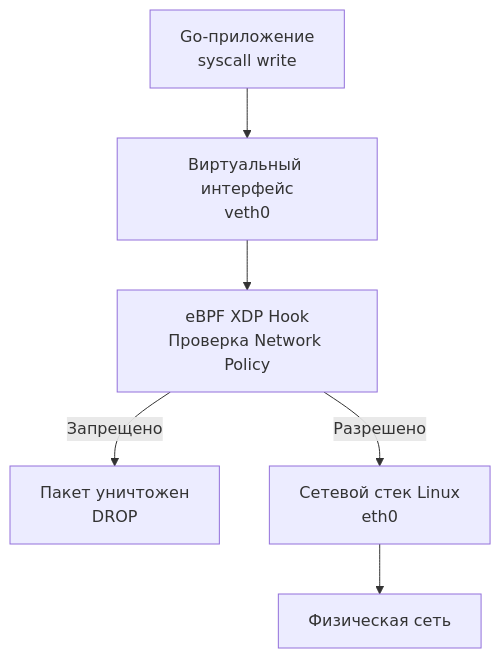
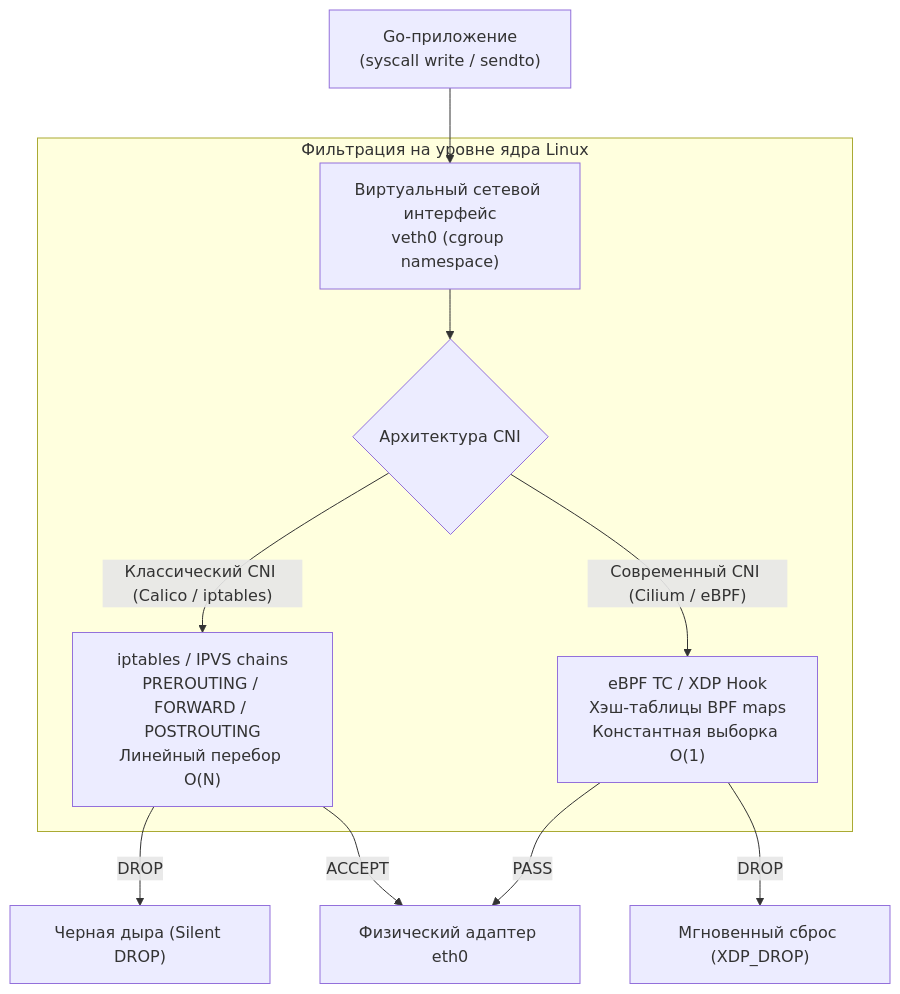
Before and after one commit to UnrealTemplier/go-textbook: the second of 3 diagrams in sources/14. Распределенные системы на Go/06. Сеть/4. Network policies.md, drawn with Mermaid. The commit also changed other lines of this file, not shown here.

Commit message:
feat(module-14): editorial rewrite of lecture 4 (Network policies) in Subsection 6 in Kernighan style

````diff
--- a/sources/14. Распределенные системы на Go/06. Сеть/4. Network policies.md
+++ b/sources/14. Распределенные системы на Go/06. Сеть/4. Network policies.md
@@ -37,11 +52,16 @@
 ```mermaid
 flowchart TD
-    GoApp["Go-приложение<br>syscall write"] --> Veth["Виртуальный интерфейс<br>veth0"]
+    App["Go-приложение<br>(syscall write / sendto)"] --> Veth["Виртуальный сетевой интерфейс<br>veth0 (cgroup namespace)"]
     
-    Veth --> Hook["eBPF XDP Hook<br>Проверка Network Policy"]
+    subgraph Filter["Фильтрация на уровне ядра Linux"]
+        Veth --> Engine{"Архитектура CNI"}
+        Engine -->|"Классический CNI (Calico / iptables)"| IPT["iptables / IPVS chains<br>PREROUTING / FORWARD / POSTROUTING<br>Линейный перебор O(N)"]
+        Engine -->|"Современный CNI (Cilium / eBPF)"| BPF["eBPF TC / XDP Hook<br>Хэш-таблицы BPF maps<br>Константная выборка O(1)"]
+    end
     
-    Hook -->|Запрещено| Drop["Пакет уничтожен<br>DROP"]
-    Hook -->|Разрешено| Stack["Сетевой стек Linux<br>eth0"]
+    IPT -->|DROP| Blackhole1["Черная дыра (Silent DROP)"]
+    IPT -->|ACCEPT| Eth0["Физический адаптер eth0"]
     
-    Stack --> Network["Физическая сеть"]
+    BPF -->|DROP| Blackhole2["Мгновенный сброс (XDP_DROP)"]
+    BPF -->|PASS| Eth0
 ```
````
